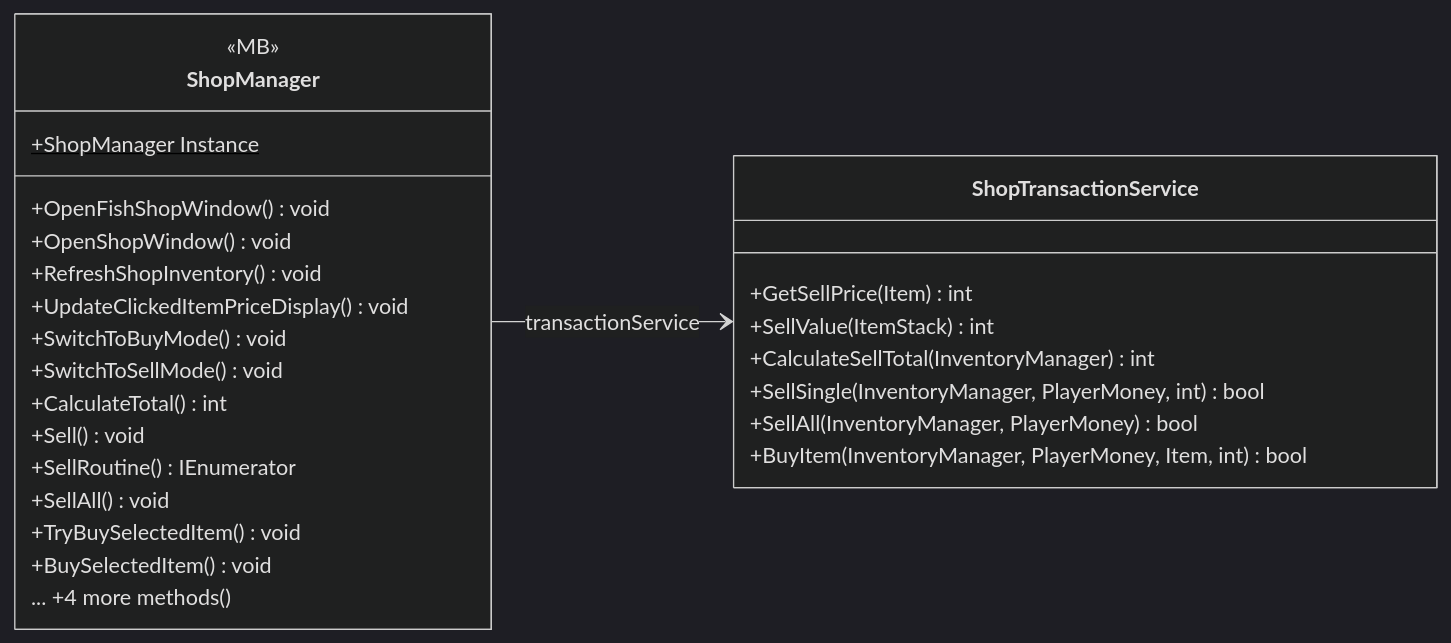
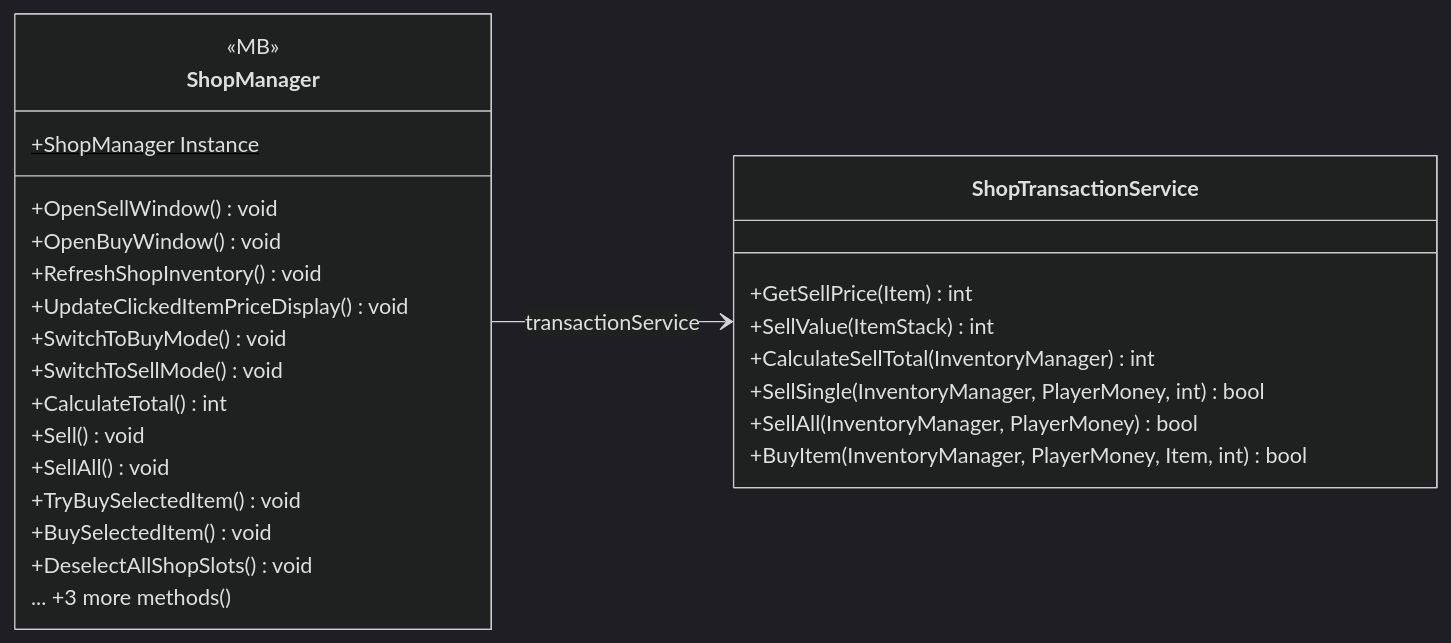
One commit to PhumipatWave/project-ocean changed the diagram in docs/uml/modules/UI_Shop.md. Above: the diagram before and after it, drawn with Mermaid (dark theme). The commit also changed other lines of this file and 346 other files, not shown here.

````diff
--- a/docs/uml/modules/UI_Shop.md
+++ b/docs/uml/modules/UI_Shop.md
@@ -7,30 +7,30 @@
 ```mermaid
 classDiagram
   direction LR
   class ShopManager {
     <<MB>>
     +ShopManager Instance$
-    +OpenFishShopWindow() void
-    +OpenShopWindow() void
+    +OpenSellWindow() void
+    +OpenBuyWindow() void
     +RefreshShopInventory() void
     +UpdateClickedItemPriceDisplay() void
     +SwitchToBuyMode() void
     +SwitchToSellMode() void
     +CalculateTotal() int
     +Sell() void
-    +SellRoutine() IEnumerator
     +SellAll() void
     +TryBuySelectedItem() void
     +BuySelectedItem() void
-    ... +4 more methods()
+    +DeselectAllShopSlots() void
+    ... +3 more methods()
   }
   class ShopTransactionService {
     +GetSellPrice(Item) int
     +SellValue(ItemStack) int
     +CalculateSellTotal(InventoryManager) int
     +SellSingle(InventoryManager, PlayerMoney, int) bool
     +SellAll(InventoryManager, PlayerMoney) bool
     +BuyItem(InventoryManager, PlayerMoney, Item, int) bool
   }
   ShopManager --> ShopTransactionService : transactionService
 ```
````
